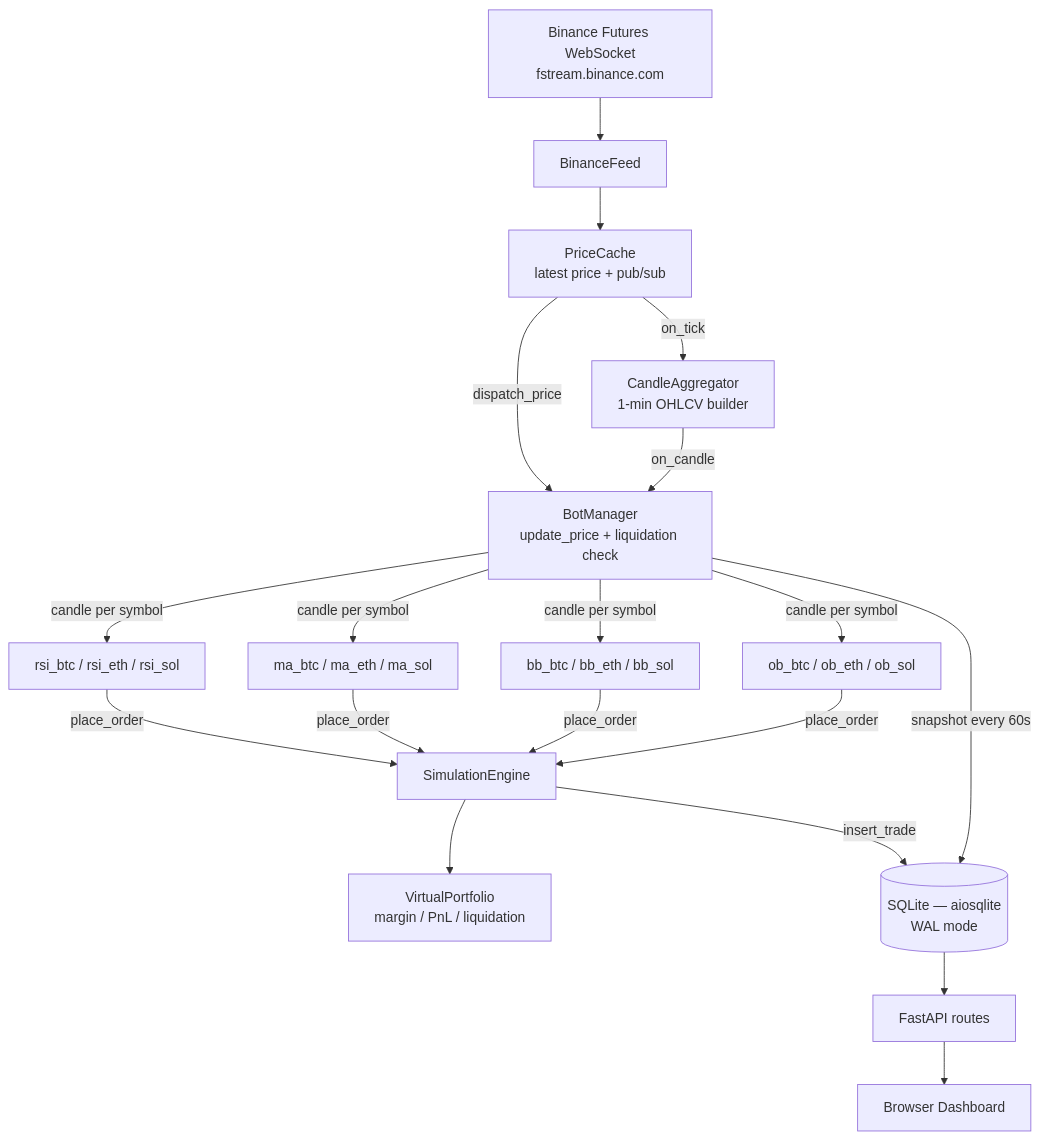
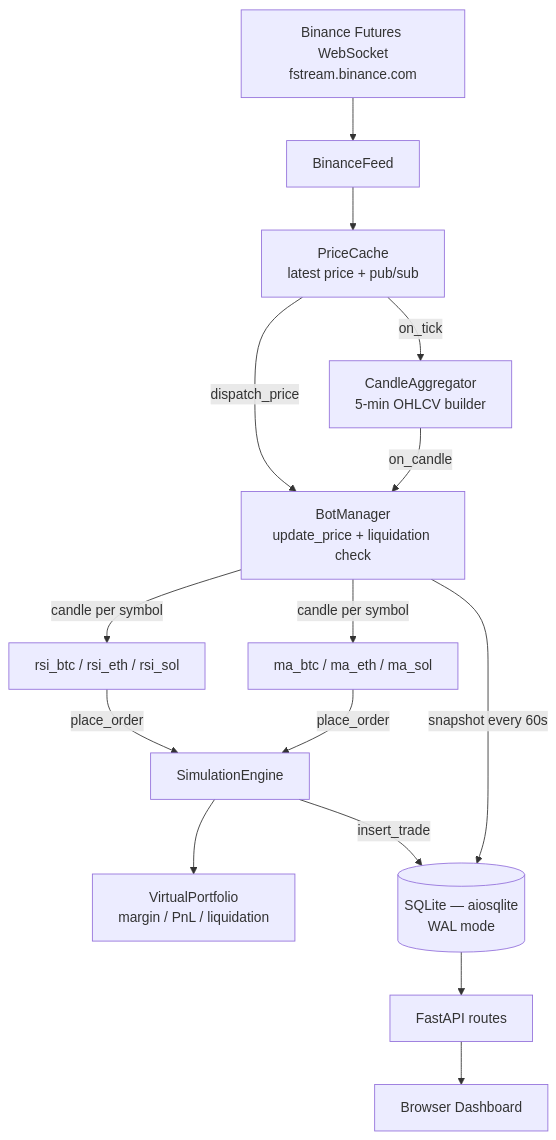
One commit to Eldarushkaa/trade_platform changed the diagram in plans/architecture.md. Above: the diagram before and after it, drawn with Mermaid. The commit also changed other lines of this file and 9 other files, not shown here.

````diff
--- a/plans/architecture.md
+++ b/plans/architecture.md
@@ -80,18 +78,16 @@
 ```mermaid
 graph TD
     WS[Binance Futures WebSocket\nfstream.binance.com] --> Feed[BinanceFeed]
     Feed --> PC[PriceCache\nlatest price + pub/sub]
-    PC -->|on_tick| CA[CandleAggregator\n1-min OHLCV builder]
+    PC -->|on_tick| CA[CandleAggregator\n5-min OHLCV builder]
     PC -->|dispatch_price| BM[BotManager\nupdate_price + liquidation check]
     CA -->|on_candle| BM
     BM -->|candle per symbol| Bot1[rsi_btc / rsi_eth / rsi_sol]
     BM -->|candle per symbol| Bot2[ma_btc / ma_eth / ma_sol]
-    BM -->|candle per symbol| Bot3[bb_btc / bb_eth / bb_sol]
-    BM -->|candle per symbol| Bot4[ob_btc / ob_eth / ob_sol]
-    Bot1 & Bot2 & Bot3 & Bot4 -->|place_order| SE[SimulationEngine]
+    Bot1 & Bot2 -->|place_order| SE[SimulationEngine]
     SE --> VP[VirtualPortfolio\nmargin / PnL / liquidation]
     SE -->|insert_trade| DB[(SQLite — aiosqlite\nWAL mode)]
     BM -->|snapshot every 60s| DB
     DB --> API[FastAPI routes]
     API --> Dashboard[Browser Dashboard]
 ```
````
